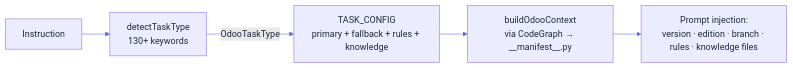
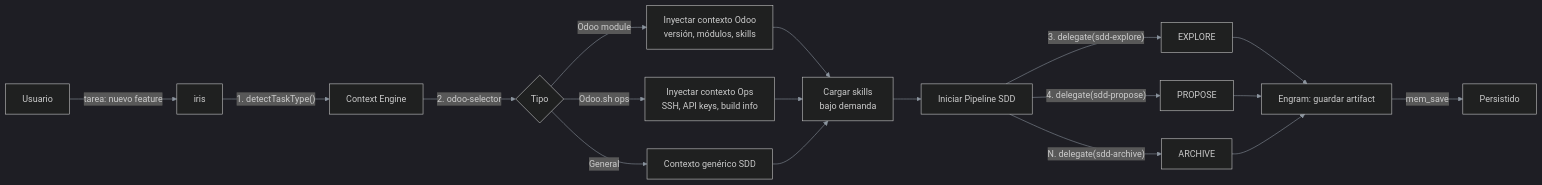
One commit to Geraldow/iris changed the second of 5 diagrams in ARCHITECTURE.md. Above: the diagram before and after it, drawn with Mermaid. The commit also changed other lines of this file and 50 other files, not shown here.

````diff
--- a/ARCHITECTURE.md
+++ b/ARCHITECTURE.md
@@ -130,8 +281,21 @@
 ```mermaid
-%%{init: {'theme': 'default', 'themeVariables': {'primaryColor': '#dbeafe', 'primaryTextColor': '#1e293b', 'primaryBorderColor': '#3b82f6', 'lineColor': '#6366f1', 'textColor': '#1e293b', 'clusterBkg': '#eff6ff', 'clusterBorder': '#3b82f6'}}}%%
+%%{init: {'theme': 'dark', 'themeVariables': {'primaryColor': '#1f6feb', 'primaryTextColor': '#ffffff', 'primaryBorderColor': '#22d3ee', 'lineColor': '#8b949e'}}}%%
 flowchart LR
-    Inst[Instruction] --> Det[detectTaskType\n130+ keywords]
-    Det -->|OdooTaskType| Cfg[TASK_CONFIG\nprimary + fallback + rules + knowledge]
-    Cfg --> Ctx[buildOdooContext\nvia CodeGraph → __manifest__.py]
-    Ctx --> Prompt[Prompt injection:\nversion · edition · branch · rules · knowledge files]
+    USER[Usuario] -->|"tarea: nuevo feature"| IRIS[iris]
+    IRIS -->|"1. detectTaskType()"| CTX[Context Engine]
+    CTX -->|"2. odoo-selector"| TYPE{Tipo}
+    TYPE -->|Odoo module| ODOO_CTX[Inyectar contexto Odoo\nversión, módulos, skills]
+    TYPE -->|Odoo.sh ops| OPS_CTX[Inyectar contexto Ops\nSSH, API keys, build info]
+    TYPE -->|General| GEN_CTX[Contexto genérico SDD]
+    ODOO_CTX --> SKILLS[Cargar skills\nbajo demanda]
+    OPS_CTX --> SKILLS
+    GEN_CTX --> SKILLS
+    SKILLS --> PIPELINE[Iniciar Pipeline SDD]
+    PIPELINE -->|"3. delegate(sdd-explore)"| EXPLORE
+    PIPELINE -->|"4. delegate(sdd-propose)"| PROPOSE
+    PIPELINE -->|"N. delegate(sdd-archive)"| ARCHIVE
+    EXPLORE --> ENGRAM[Engram: guardar artifact]
+    PROPOSE --> ENGRAM
+    ARCHIVE --> ENGRAM
+    ENGRAM -->|"mem_save"| PERSIST[Persistido]
 ```
````
